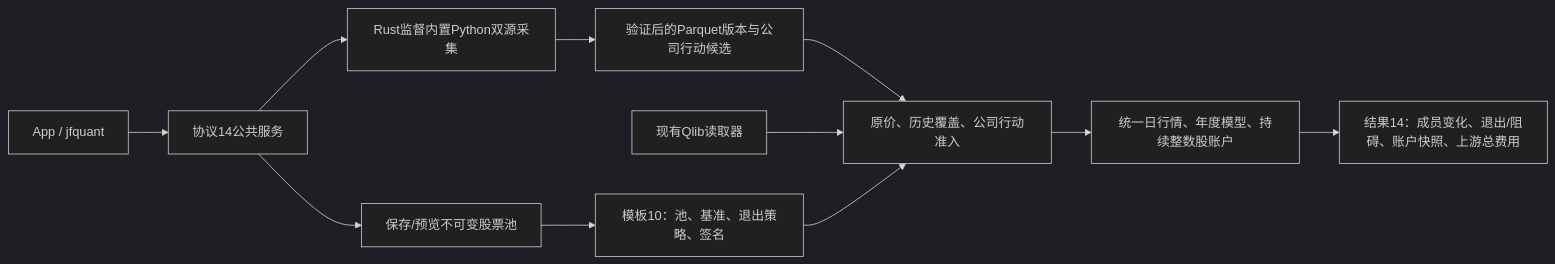
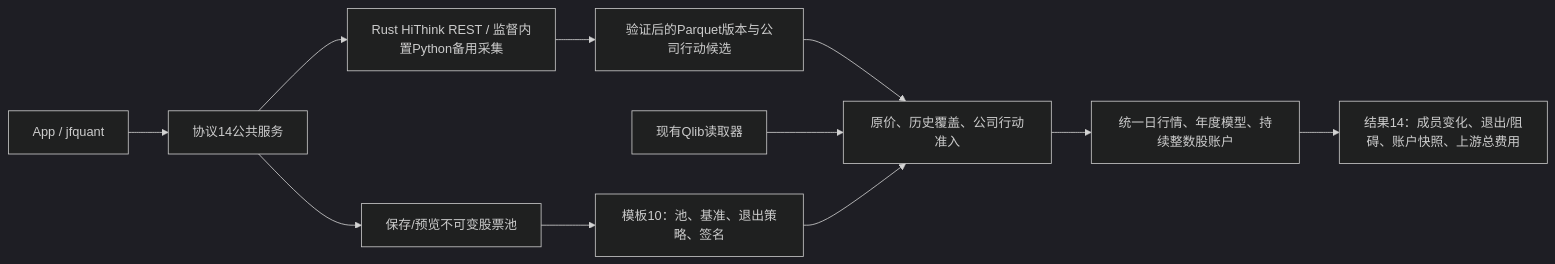
The second of 6 diagrams in crates/app/src/README.md (Dennishaha/JFQuant), drawn with Mermaid (dark theme) before and after one commit. The commit also changed other lines of this file and 72 other files, not shown here.

````diff
--- a/crates/app/src/README.md
+++ b/crates/app/src/README.md
@@ -67,13 +75,13 @@
 ```mermaid
 flowchart LR
   CLIENT["App / jfquant"] --> SERVICE["协议14公共服务"]
   SERVICE --> POOL["保存/预览不可变股票池"]
-  SERVICE --> COLLECT["Rust监督内置Python双源采集"]
+  SERVICE --> COLLECT["Rust HiThink REST / 监督内置Python备用采集"]
   COLLECT --> SNAPSHOT["验证后的Parquet版本与公司行动候选"]
   POOL --> FREEZE["模板10：池、基准、退出策略、签名"]
   SNAPSHOT --> READY["原价、历史覆盖、公司行动准入"]
   QLIB["现有Qlib读取器"] --> READY
   FREEZE --> READY
   READY --> RESEARCH["统一日行情、年度模型、持续整数股账户"]
   RESEARCH --> RESULT["结果14：成员变化、退出/阻碍、账户快照、上游总费用"]
 ```
````
